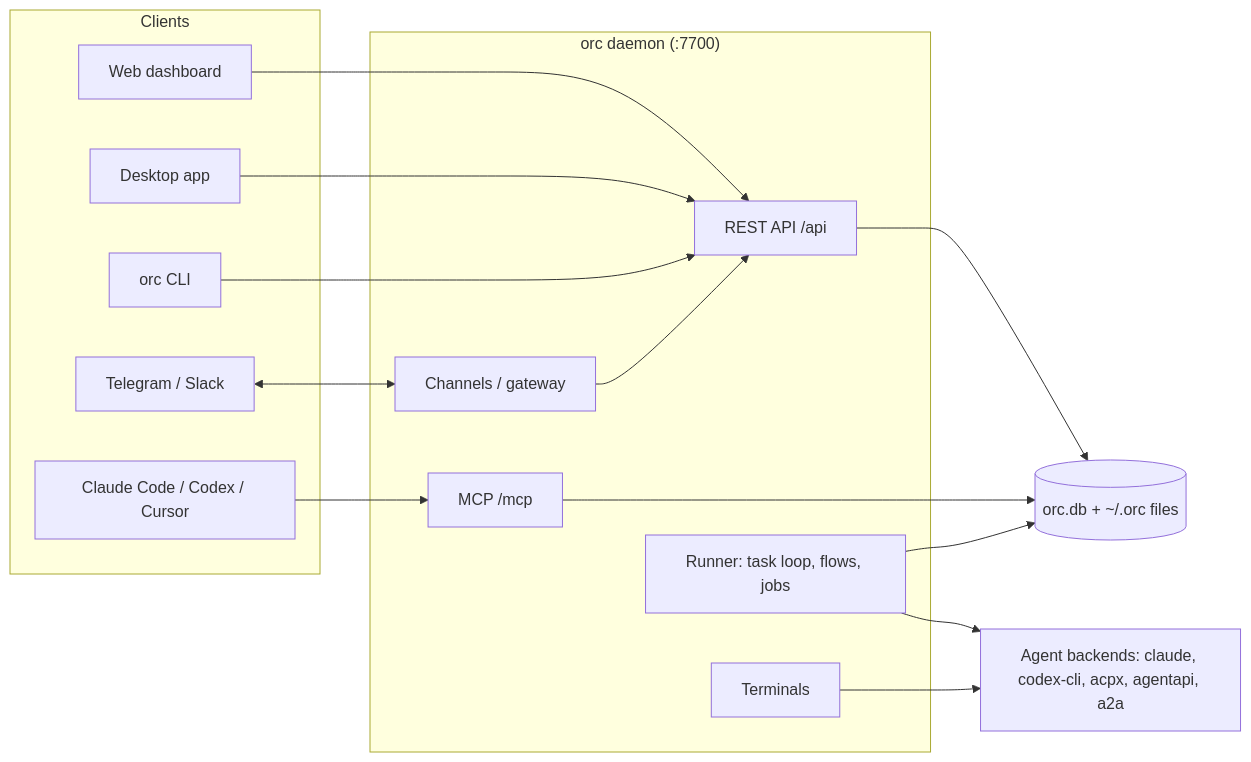
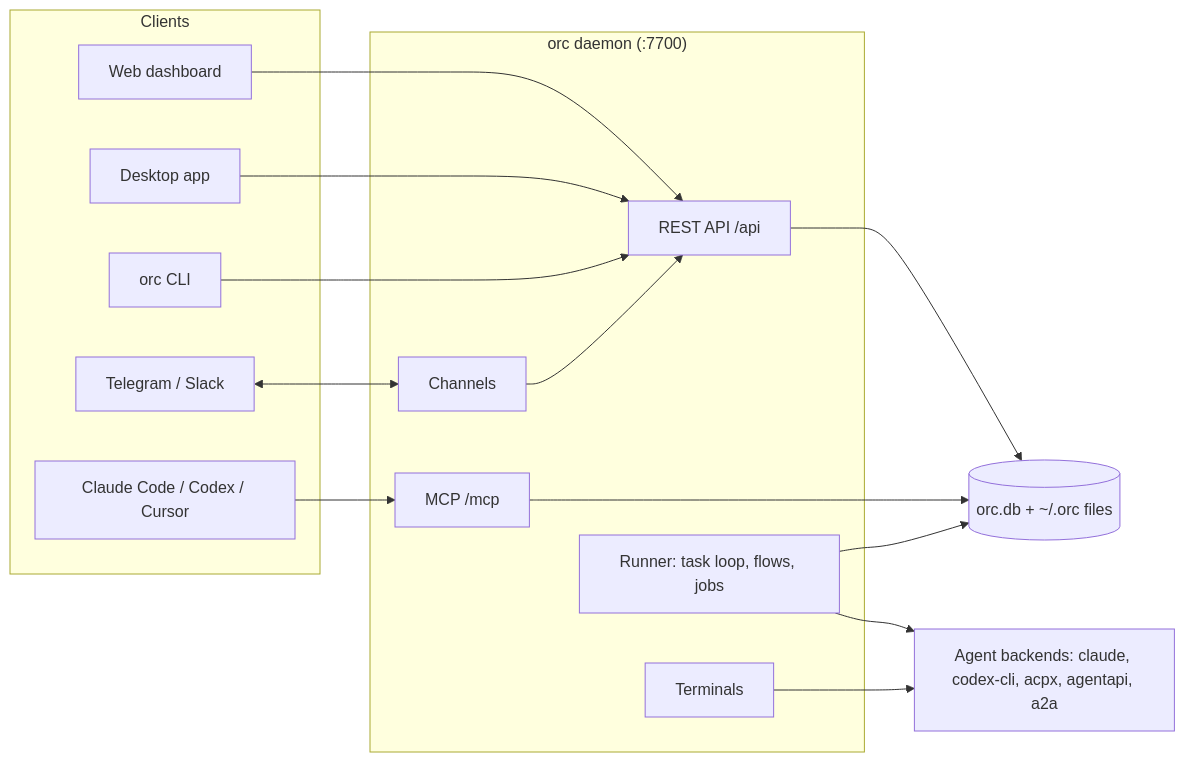
One commit to niradler/orc changed the diagram in docs/docs/what-is-orc.md. Above: the diagram before and after it, drawn with Mermaid. The commit also changed other lines of this file and 13 other files, not shown here.

````diff
--- a/docs/docs/what-is-orc.md
+++ b/docs/docs/what-is-orc.md
@@ -54,33 +54,33 @@
 ```mermaid
 flowchart LR
   subgraph Clients
     Web[Web dashboard]
     Desk[Desktop app]
     CLI[orc CLI]
     Agent[Claude Code / Codex / Cursor]
     Phone[Telegram / Slack]
   end
 
   subgraph Daemon["orc daemon (:7700)"]
     API[REST API /api]
     MCP[MCP /mcp]
     Runner[Runner: task loop, flows, jobs]
-    GW[Channels / gateway]
+    GW[Channels]
     Term[Terminals]
   end
 
   DB[(orc.db + ~/.orc files)]
   Backends[Agent backends: claude, codex-cli, acpx, agentapi, a2a]
 
   Web --> API
   Desk --> API
   CLI --> API
   Agent --> MCP
   Phone <--> GW
   API --> DB
   MCP --> DB
   Runner --> DB
   Runner --> Backends
   GW --> API
   Term --> Backends
 ```
````
